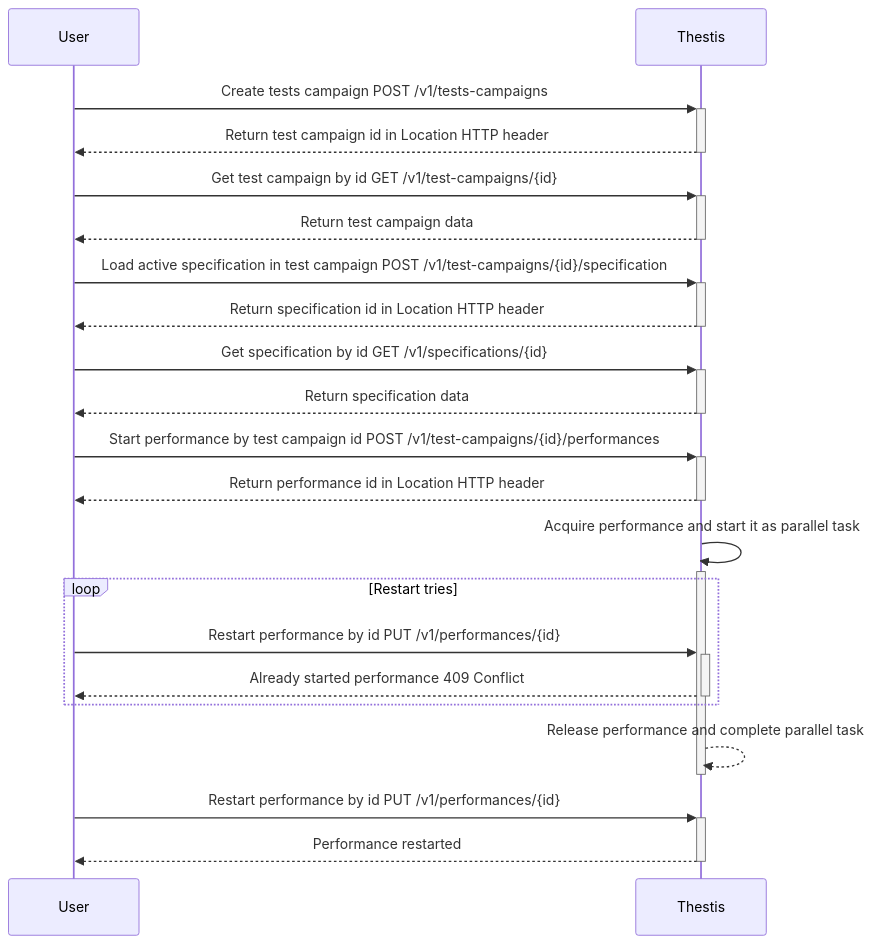
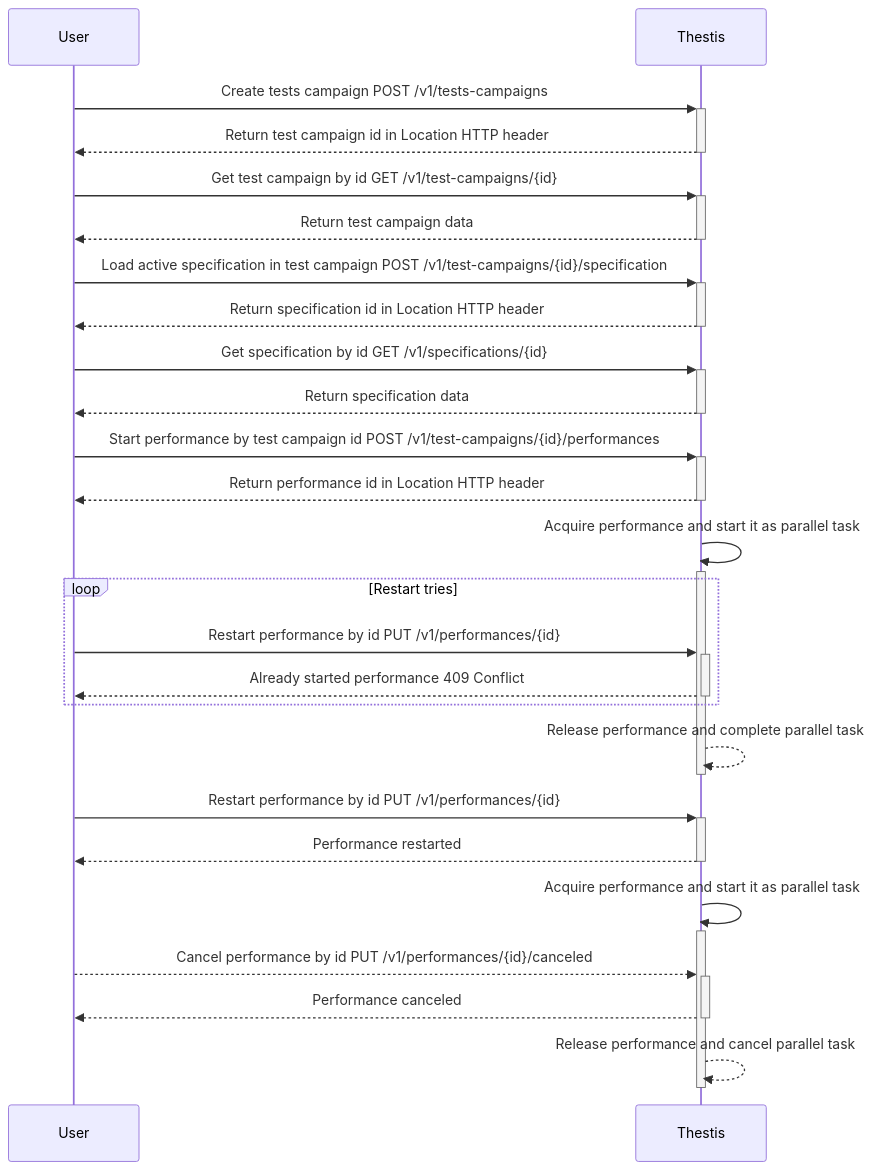
One commit to harpyd/thestis changed the diagram in README.md. Above: the diagram before and after it, drawn with Mermaid.

Commit message:
Add case to sequence diagram (#57)

````diff
--- a/README.md
+++ b/README.md
@@ -9,21 +9,25 @@
 ```mermaid
 sequenceDiagram
     User->>+Thestis: Create tests campaign POST /v1/tests-campaigns
     Thestis-->>-User: Return test campaign id in Location HTTP header
     User->>+Thestis: Get test campaign by id GET /v1/test-campaigns/{id}
     Thestis-->>-User: Return test campaign data
     User->>+Thestis: Load active specification in test campaign POST /v1/test-campaigns/{id}/specification
     Thestis-->>-User: Return specification id in Location HTTP header
     User->>+Thestis: Get specification by id GET /v1/specifications/{id}
     Thestis-->>-User: Return specification data
     User->>+Thestis: Start performance by test campaign id POST /v1/test-campaigns/{id}/performances
     Thestis-->>-User: Return performance id in Location HTTP header
     Thestis->>+Thestis: Acquire performance and start it as parallel task
     loop Restart tries
         User->>+Thestis: Restart performance by id PUT /v1/performances/{id}
         Thestis-->>-User: Already started performance 409 Conflict
     end
     Thestis-->>-Thestis: Release performance and complete parallel task
     User->>+Thestis: Restart performance by id PUT /v1/performances/{id}
     Thestis-->>-User: Performance restarted
+    Thestis->>+Thestis: Acquire performance and start it as parallel task
+    User-->>+Thestis: Cancel performance by id PUT /v1/performances/{id}/canceled
+    Thestis-->>-User: Performance canceled
+    Thestis-->>-Thestis: Release performance and cancel parallel task
 ```
````
